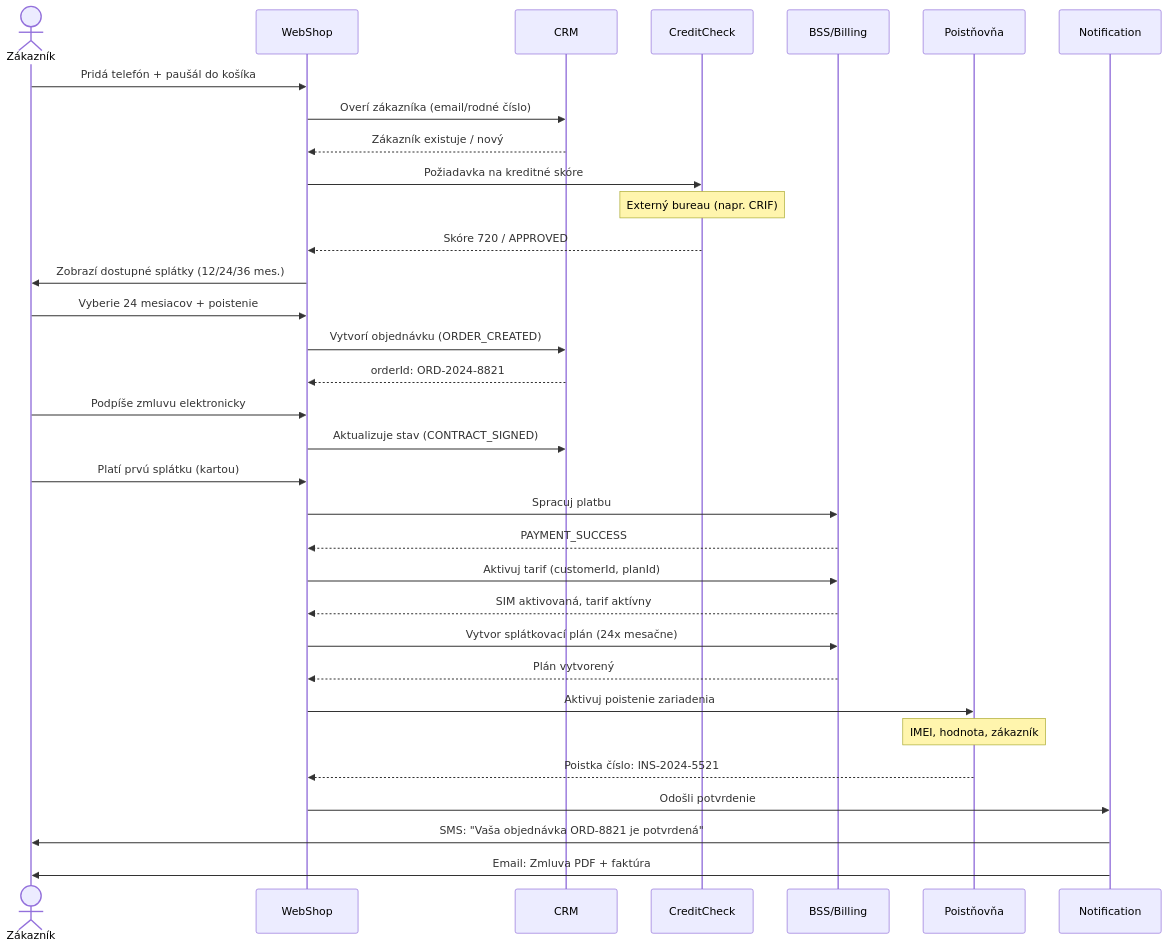
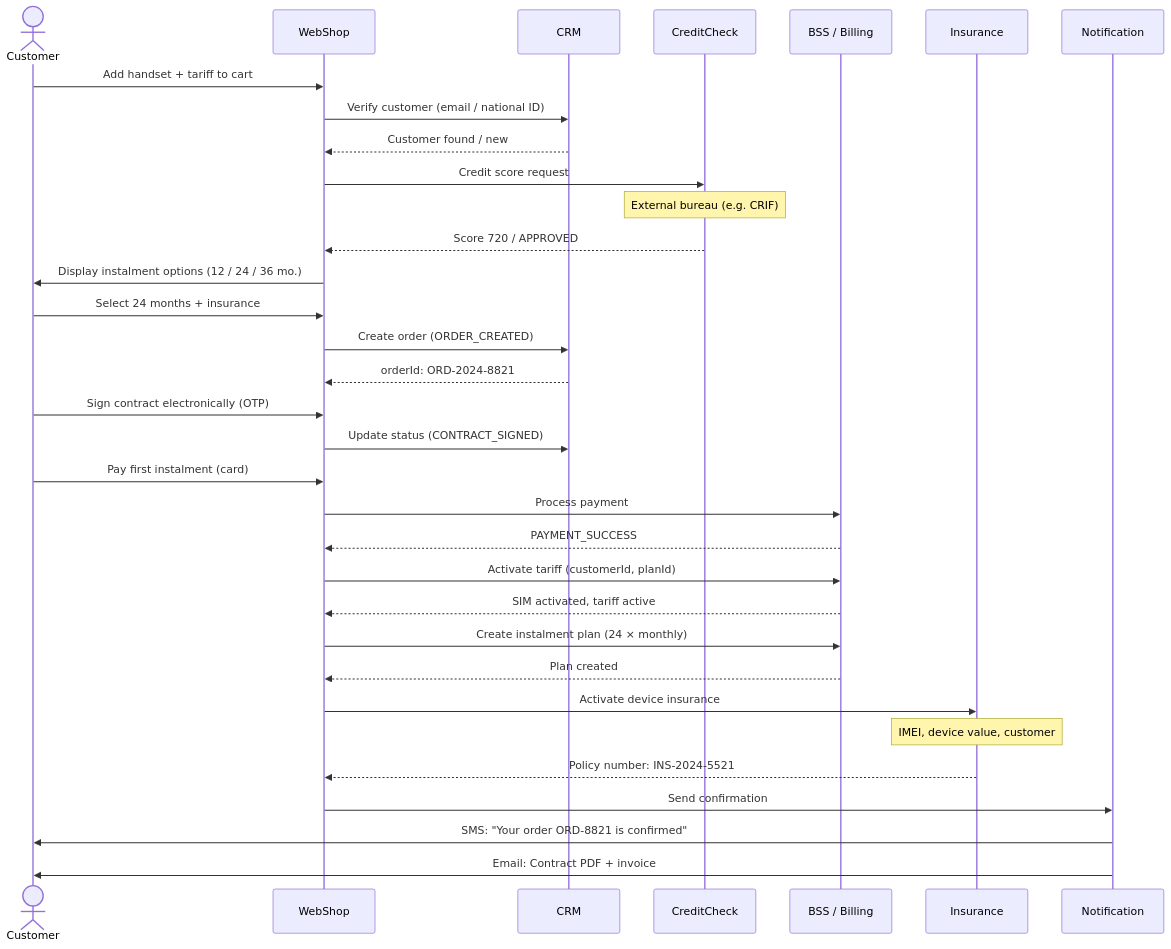
One commit to Jurajjjjj1988/it-analyst-portfolio changed the second of 4 diagrams in telecom/purchase-flow.md. Above: the diagram before and after it, drawn with Mermaid. The commit also changed other lines of this file and 3 other files, not shown here.

First line of the commit message:
feat: add user stories, Postman collection, translate diagrams to English

````diff
--- a/telecom/purchase-flow.md
+++ b/telecom/purchase-flow.md
@@ -52,45 +52,45 @@
 ```mermaid
 sequenceDiagram
-    actor Zákazník
+    actor Customer
     participant WebShop
     participant CRM
     participant CreditCheck
-    participant BSS as BSS/Billing
-    participant Insurance as Poistňovňa
+    participant BSS as BSS / Billing
+    participant Insurance
     participant Notification
 
-    Zákazník->>WebShop: Pridá telefón + paušál do košíka
-    WebShop->>CRM: Overí zákazníka (email/rodné číslo)
-    CRM-->>WebShop: Zákazník existuje / nový
+    Customer->>WebShop: Add handset + tariff to cart
+    WebShop->>CRM: Verify customer (email / national ID)
+    CRM-->>WebShop: Customer found / new
 
-    WebShop->>CreditCheck: Požiadavka na kreditné skóre
-    Note over CreditCheck: Externý bureau (napr. CRIF)
-    CreditCheck-->>WebShop: Skóre 720 / APPROVED
+    WebShop->>CreditCheck: Credit score request
+    Note over CreditCheck: External bureau (e.g. CRIF)
+    CreditCheck-->>WebShop: Score 720 / APPROVED
 
-    WebShop->>Zákazník: Zobrazí dostupné splátky (12/24/36 mes.)
-    Zákazník->>WebShop: Vyberie 24 mesiacov + poistenie
+    WebShop->>Customer: Display instalment options (12 / 24 / 36 mo.)
+    Customer->>WebShop: Select 24 months + insurance
 
-    WebShop->>CRM: Vytvorí objednávku (ORDER_CREATED)
+    WebShop->>CRM: Create order (ORDER_CREATED)
     CRM-->>WebShop: orderId: ORD-2024-8821
 
-    Zákazník->>WebShop: Podpíše zmluvu elektronicky
-    WebShop->>CRM: Aktualizuje stav (CONTRACT_SIGNED)
+    Customer->>WebShop: Sign contract electronically (OTP)
+    WebShop->>CRM: Update status (CONTRACT_SIGNED)
 
-    Zákazník->>WebShop: Platí prvú splátku (kartou)
-    WebShop->>BSS: Spracuj platbu
+    Customer->>WebShop: Pay first instalment (card)
+    WebShop->>BSS: Process payment
     BSS-->>WebShop: PAYMENT_SUCCESS
 
-    WebShop->>BSS: Aktivuj tarif (customerId, planId)
-    BSS-->>WebShop: SIM aktivovaná, tarif aktívny
+    WebShop->>BSS: Activate tariff (customerId, planId)
+    BSS-->>WebShop: SIM activated, tariff active
 
-    WebShop->>BSS: Vytvor splátkovací plán (24x mesačne)
-    BSS-->>WebShop: Plán vytvorený
+    WebShop->>BSS: Create instalment plan (24 × monthly)
+    BSS-->>WebShop: Plan created
 
-    WebShop->>Insurance: Aktivuj poistenie zariadenia
-    Note over Insurance: IMEI, hodnota, zákazník
-    Insurance-->>WebShop: Poistka číslo: INS-2024-5521
+    WebShop->>Insurance: Activate device insurance
+    Note over Insurance: IMEI, device value, customer
+    Insurance-->>WebShop: Policy number: INS-2024-5521
 
-    WebShop->>Notification: Odošli potvrdenie
-    Notification->>Zákazník: SMS: "Vaša objednávka ORD-8821 je potvrdená"
-    Notification->>Zákazník: Email: Zmluva PDF + faktúra
+    WebShop->>Notification: Send confirmation
+    Notification->>Customer: SMS: "Your order ORD-8821 is confirmed"
+    Notification->>Customer: Email: Contract PDF + invoice
 ```
````
